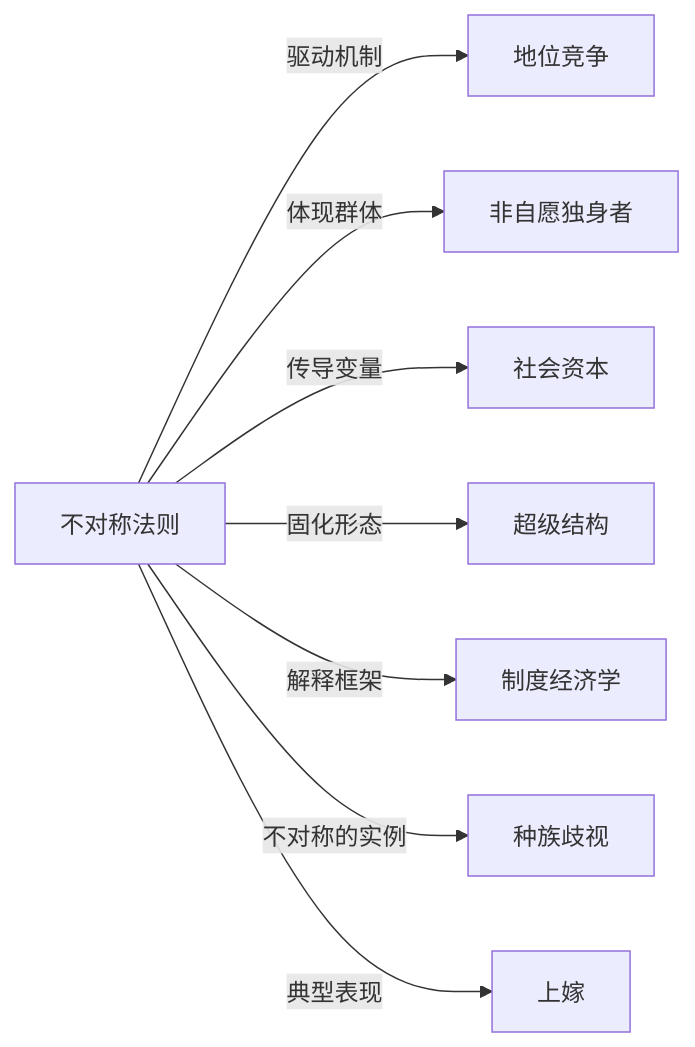
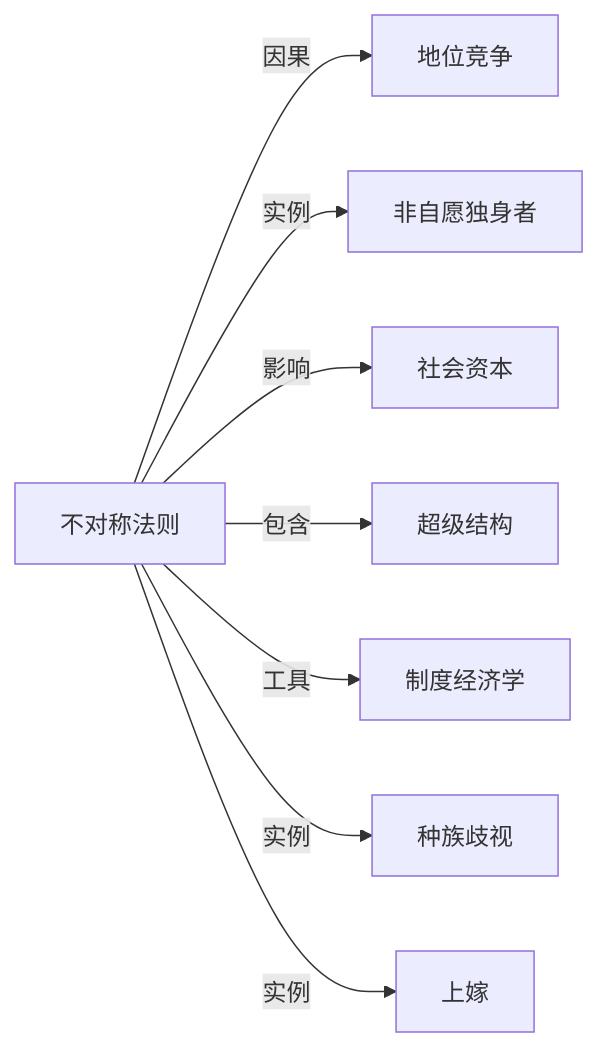
The diagram in Knowledge/Concepts/社会学/不对称法则.md (KIMMCHOW/MyKnowledge), drawn with Mermaid before and after one commit. The commit also changed 95 other files, not shown here.

Commit message:
reorganize: 统一关系图边标签为11类

````diff
--- a/Knowledge/Concepts/社会学/不对称法则.md
+++ b/Knowledge/Concepts/社会学/不对称法则.md
@@ -48,10 +48,10 @@
 ```mermaid
 graph LR
-不对称法则 -->|驱动机制| 地位竞争
-不对称法则 -->|体现群体| 非自愿独身者
-不对称法则 -->|传导变量| 社会资本
-不对称法则 -->|固化形态| 超级结构
-不对称法则 -->|解释框架| 制度经济学
-不对称法则 -->|不对称的实例| 种族歧视
-不对称法则 -->|典型表现| 上嫁
+不对称法则 -->|因果| 地位竞争
+不对称法则 -->|实例| 非自愿独身者
+不对称法则 -->|影响| 社会资本
+不对称法则 -->|包含| 超级结构
+不对称法则 -->|工具| 制度经济学
+不对称法则 -->|实例| 种族歧视
+不对称法则 -->|实例| 上嫁
 ```
````
